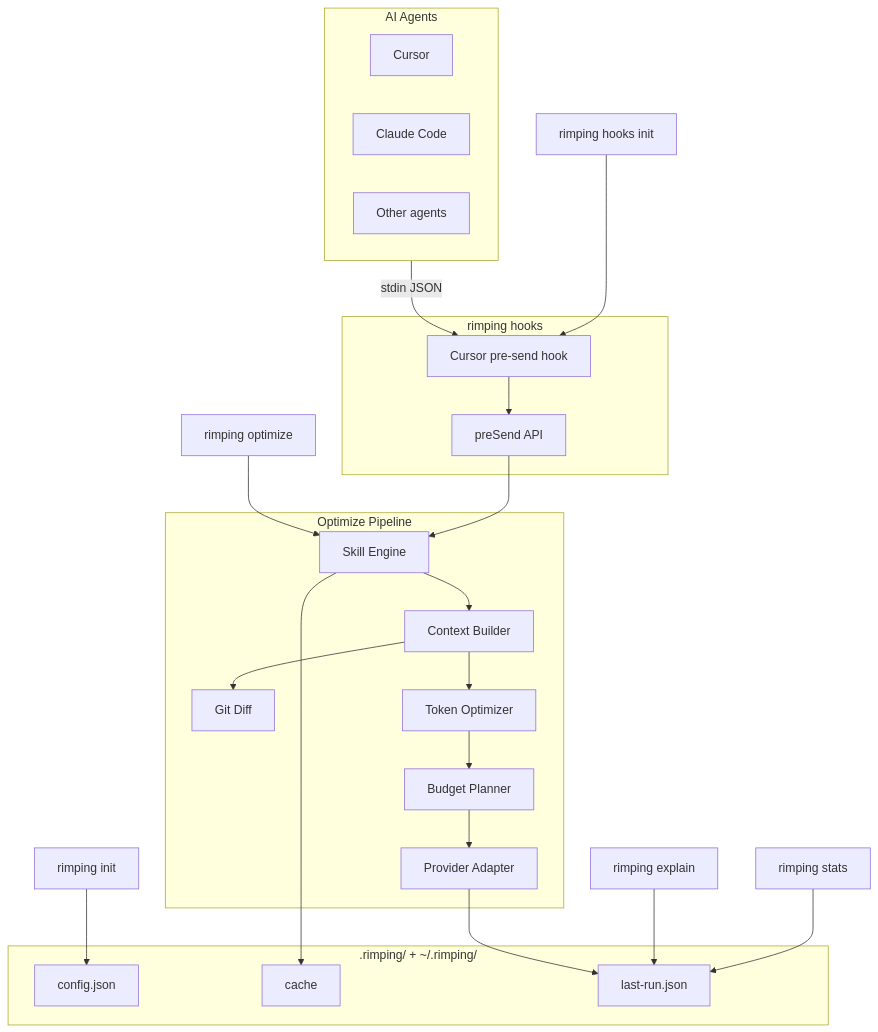
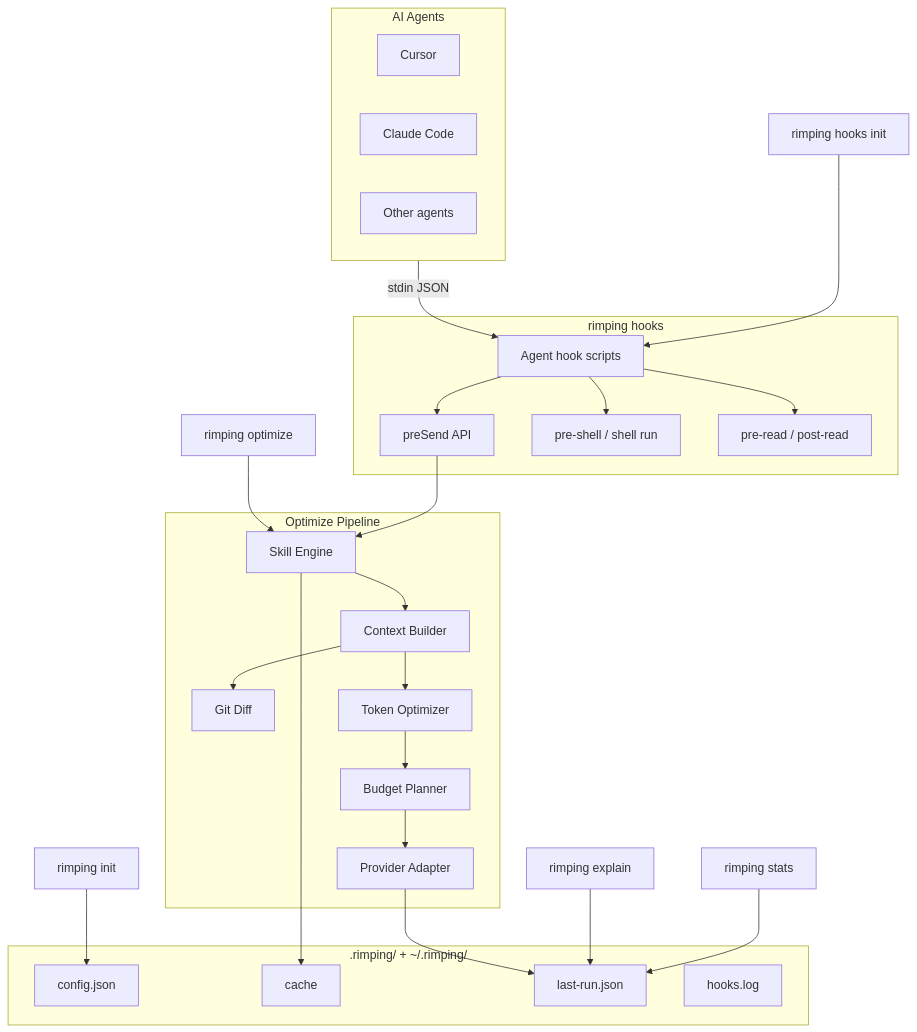
One commit to dukerspace/rimping changed the first of 2 diagrams in docs/architecture.md. Above: the diagram before and after it, drawn with Mermaid. The commit also changed other lines of this file and 12 other files, not shown here.

````diff
--- a/docs/architecture.md
+++ b/docs/architecture.md
@@ -25,45 +25,50 @@
 ```mermaid
 flowchart TB
   subgraph agents [AI Agents]
     Cursor
     Claude[Claude Code]
     Others[Other agents]
   end
 
   subgraph hooks [rimping hooks]
-    HookScript[Cursor pre-send hook]
+    HookScript[Agent hook scripts]
     PreSend[preSend API]
+    PreShell[pre-shell / shell run]
+    PreRead[pre-read / post-read]
   end
 
   subgraph pipeline [Optimize Pipeline]
     Skills[Skill Engine]
     Context[Context Builder]
     GitDiff[Git Diff]
     Optimizer[Token Optimizer]
     Budget[Budget Planner]
     Provider[Provider Adapter]
   end
 
   subgraph storage [".rimping/ + ~/.rimping/"]
     Config[config.json]
     Cache[cache]
     LastRun[last-run.json]
+    HookLog[hooks.log]
   end
 
   agents -->|"stdin JSON"| HookScript
   HookScript --> PreSend
+  HookScript --> PreShell
+  HookScript --> PreRead
   PreSend --> Skills
   Skills --> Context
   Context --> GitDiff
   Context --> Optimizer
   Optimizer --> Budget
   Budget --> Provider
 
   Init["rimping init"] --> Config
   HooksInit["rimping hooks init"] --> HookScript
   CLI["rimping optimize"] --> Skills
   Stats["rimping stats"] --> LastRun
   Explain["rimping explain"] --> LastRun
   Skills --> Cache
   Provider --> LastRun
 ```
````
